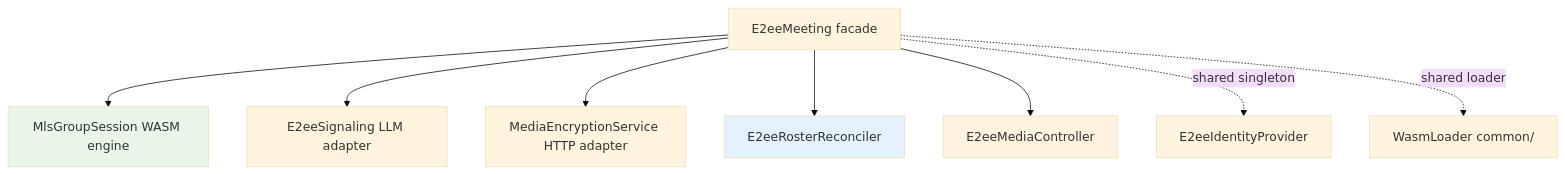
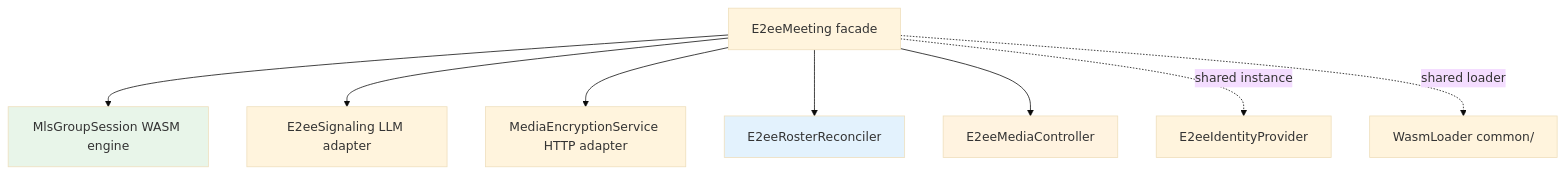
One commit to webex/webex-js-sdk changed the second of 3 diagrams in packages/@webex/plugin-meetings/src/e2ee/DESIGN.md. Above: the diagram before and after it, drawn with Mermaid (base theme). The commit also changed other lines of this file and 10 other files, not shown here.

````diff
--- a/packages/@webex/plugin-meetings/src/e2ee/DESIGN.md
+++ b/packages/@webex/plugin-meetings/src/e2ee/DESIGN.md
@@ -118,14 +118,14 @@
 ```mermaid
 graph TD
     E2eeMeeting[E2eeMeeting facade] --> MLS[MlsGroupSession WASM engine]
     E2eeMeeting --> Sig[E2eeSignaling LLM adapter]
     E2eeMeeting --> Svc[MediaEncryptionService HTTP adapter]
     E2eeMeeting --> Recon[E2eeRosterReconciler]
     E2eeMeeting --> MediaCtl[E2eeMediaController]
-    E2eeMeeting -.->|shared singleton| Ident[E2eeIdentityProvider]
+    E2eeMeeting -.->|shared instance| Ident[E2eeIdentityProvider]
     E2eeMeeting -.->|shared loader| WasmLoader[WasmLoader common/]
 
     style MLS fill:#e8f5e9
     style Recon fill:#e3f2fd
     style MediaCtl fill:#fff3e0
 ```
````
